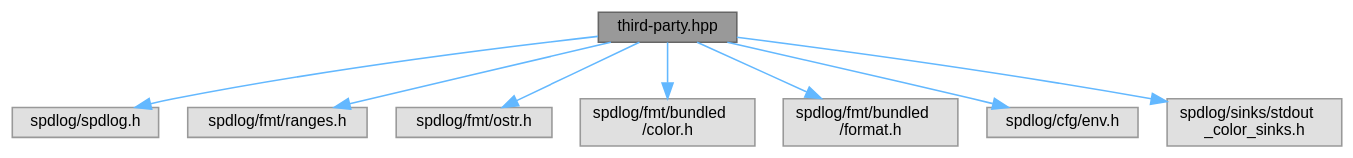
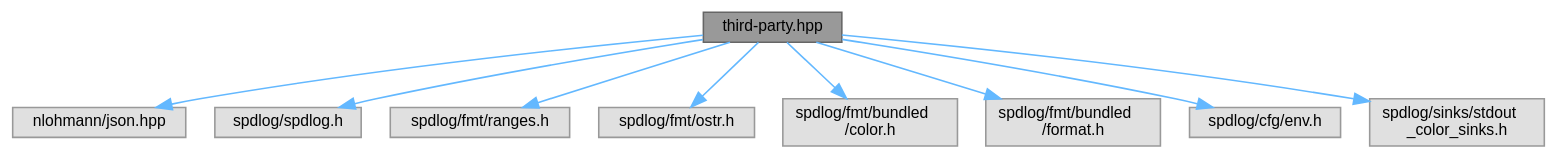
One commit to ekmett/ein changed the diagram in third-party_8hpp__incl.dot. Above: the diagram before and after it, drawn with Graphviz. The commit also changed 78 other files, not shown here.

```diff
--- a/third-party_8hpp__incl.dot
+++ b/third-party_8hpp__incl.dot
@@ -1,23 +1,25 @@
 digraph "third-party.hpp"
 {
  // INTERACTIVE_SVG=YES
  // LATEX_PDF_SIZE
   bgcolor="transparent";
   edge [fontname=Helvetica,fontsize=10,labelfontname=Helvetica,labelfontsize=10];
   node [fontname=Helvetica,fontsize=10,shape=box,height=0.2,width=0.4];
   Node1 [id="Node000001",label="third-party.hpp",height=0.2,width=0.4,color="gray40", fillcolor="grey60", style="filled", fontcolor="black",tooltip="third-party libraries"];
   Node1 -> Node2 [id="edge1_Node000001_Node000002",color="steelblue1",style="solid",tooltip=" "];
-  Node2 [id="Node000002",label="spdlog/spdlog.h",height=0.2,width=0.4,color="grey60", fillcolor="#E0E0E0", style="filled",tooltip=" "];
+  Node2 [id="Node000002",label="nlohmann/json.hpp",height=0.2,width=0.4,color="grey60", fillcolor="#E0E0E0", style="filled",tooltip=" "];
   Node1 -> Node3 [id="edge2_Node000001_Node000003",color="steelblue1",style="solid",tooltip=" "];
-  Node3 [id="Node000003",label="spdlog/fmt/ranges.h",height=0.2,width=0.4,color="grey60", fillcolor="#E0E0E0", style="filled",tooltip=" "];
+  Node3 [id="Node000003",label="spdlog/spdlog.h",height=0.2,width=0.4,color="grey60", fillcolor="#E0E0E0", style="filled",tooltip=" "];
   Node1 -> Node4 [id="edge3_Node000001_Node000004",color="steelblue1",style="solid",tooltip=" "];
-  Node4 [id="Node000004",label="spdlog/fmt/ostr.h",height=0.2,width=0.4,color="grey60", fillcolor="#E0E0E0", style="filled",tooltip=" "];
+  Node4 [id="Node000004",label="spdlog/fmt/ranges.h",height=0.2,width=0.4,color="grey60", fillcolor="#E0E0E0", style="filled",tooltip=" "];
   Node1 -> Node5 [id="edge4_Node000001_Node000005",color="steelblue1",style="solid",tooltip=" "];
-  Node5 [id="Node000005",label="spdlog/fmt/bundled\l/color.h",height=0.2,width=0.4,color="grey60", fillcolor="#E0E0E0", style="filled",tooltip=" "];
+  Node5 [id="Node000005",label="spdlog/fmt/ostr.h",height=0.2,width=0.4,color="grey60", fillcolor="#E0E0E0", style="filled",tooltip=" "];
   Node1 -> Node6 [id="edge5_Node000001_Node000006",color="steelblue1",style="solid",tooltip=" "];
-  Node6 [id="Node000006",label="spdlog/fmt/bundled\l/format.h",height=0.2,width=0.4,color="grey60", fillcolor="#E0E0E0", style="filled",tooltip=" "];
+  Node6 [id="Node000006",label="spdlog/fmt/bundled\l/color.h",height=0.2,width=0.4,color="grey60", fillcolor="#E0E0E0", style="filled",tooltip=" "];
   Node1 -> Node7 [id="edge6_Node000001_Node000007",color="steelblue1",style="solid",tooltip=" "];
-  Node7 [id="Node000007",label="spdlog/cfg/env.h",height=0.2,width=0.4,color="grey60", fillcolor="#E0E0E0", style="filled",tooltip=" "];
+  Node7 [id="Node000007",label="spdlog/fmt/bundled\l/format.h",height=0.2,width=0.4,color="grey60", fillcolor="#E0E0E0", style="filled",tooltip=" "];
   Node1 -> Node8 [id="edge7_Node000001_Node000008",color="steelblue1",style="solid",tooltip=" "];
-  Node8 [id="Node000008",label="spdlog/sinks/stdout\l_color_sinks.h",height=0.2,width=0.4,color="grey60", fillcolor="#E0E0E0", style="filled",tooltip=" "];
+  Node8 [id="Node000008",label="spdlog/cfg/env.h",height=0.2,width=0.4,color="grey60", fillcolor="#E0E0E0", style="filled",tooltip=" "];
+  Node1 -> Node9 [id="edge8_Node000001_Node000009",color="steelblue1",style="solid",tooltip=" "];
+  Node9 [id="Node000009",label="spdlog/sinks/stdout\l_color_sinks.h",height=0.2,width=0.4,color="grey60", fillcolor="#E0E0E0", style="filled",tooltip=" "];
 }
```
